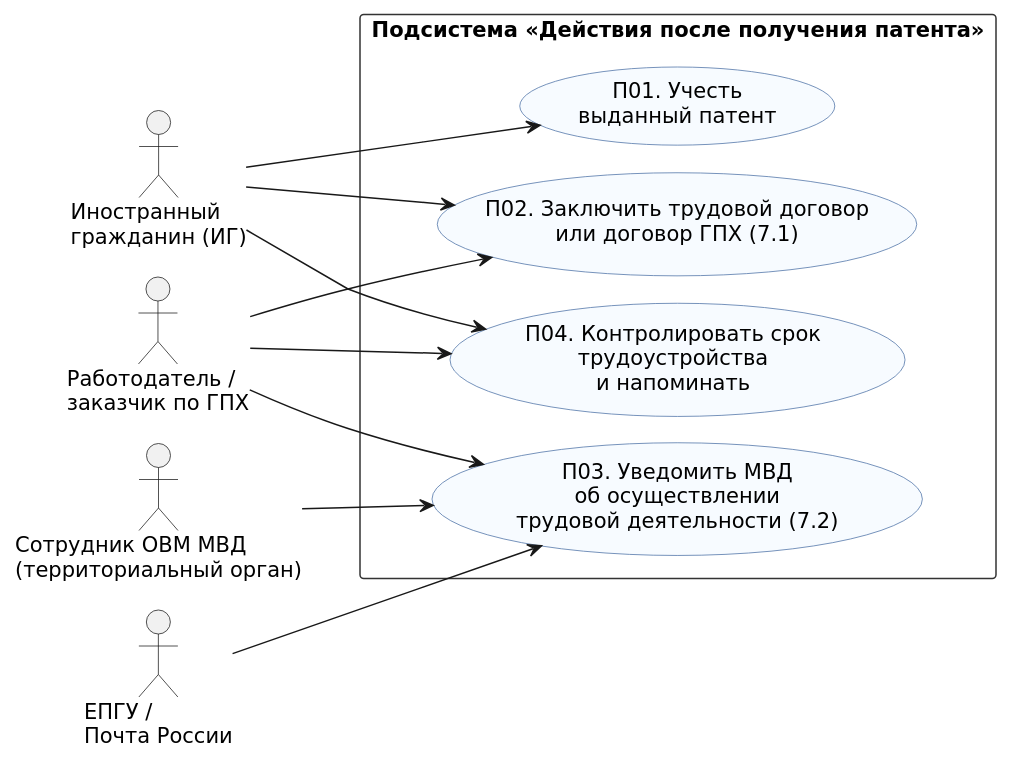
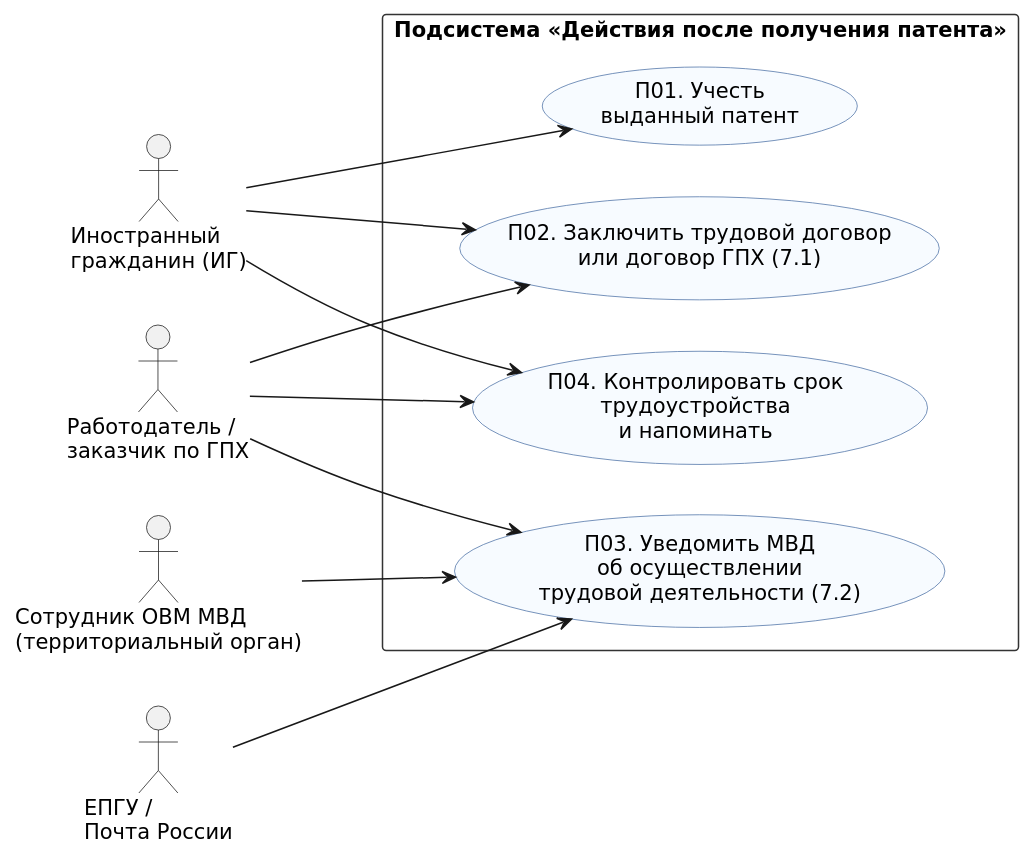
One commit to mflkee/fms-course changed the diagram in lab1-usecases/usecase-diagram.puml. Above: the diagram before and after it, drawn with PlantUML. The commit also changed 41 other files, not shown here.

Commit message:
ФМС: канон отправки и просрочки, 78 тестов, кардинальности без 1..*, читаемая диаграмма прецедентов

```diff
--- a/lab1-usecases/usecase-diagram.puml
+++ b/lab1-usecases/usecase-diagram.puml
@@ -1,50 +1,50 @@
 @startuml usecase-diagram
 ' Диаграмма прецедентов: подсистема «Действия после получения патента» (тема 7 дорожной карты)
 ' 4 прецедента (П01–П04), 4 актора (A1–A4). Отношений include/extend нет:
 ' прецеденты независимы, связь между ними — только через предусловия (см. usecase-diagram.md).
 ' Рендер: plantuml usecase-diagram.puml   (или расширение PlantUML в IDE)
 ' Проверка: plantuml -checkonly usecase-diagram.puml
 
 left to right direction
 skinparam packageStyle rectangle
 skinparam shadowing false
 skinparam defaultFontName "DejaVu Sans"
-skinparam nodesep 18
-skinparam ranksep 55
+skinparam nodesep 34
+skinparam ranksep 70
 skinparam usecase {
   BackgroundColor #F7FBFF
   BorderColor #4A6FA5
 }
 skinparam rectangle {
   BackgroundColor #FFFFFF
   BorderColor #333333
 }
 
 ' --- Основные исполнители ---
 actor "Иностранный\nгражданин (ИГ)" as CIT
 actor "Работодатель /\nзаказчик по ГПХ" as EMP
 
 ' --- Вспомогательные исполнители ---
 actor "Сотрудник ОВМ МВД\n(территориальный орган)" as MVD
 actor "ЕПГУ /\nПочта России" as CHANNEL
 
 rectangle "Подсистема «Действия после получения патента»" as SYS {
   usecase "П01. Учесть\nвыданный патент" as UC01
   usecase "П02. Заключить трудовой договор\nили договор ГПХ (7.1)" as UC02
   usecase "П03. Уведомить МВД\nоб осуществлении\nтрудовой деятельности (7.2)" as UC03
   usecase "П04. Контролировать срок\nтрудоустройства\nи напоминать" as UC04
 }
 
 ' --- ассоциации ---
 CIT --> UC01
 CIT --> UC02
 CIT --> UC04
 
 EMP --> UC02
 EMP --> UC03
 EMP --> UC04
 
 MVD --> UC03
 CHANNEL --> UC03
 
 @enduml
```
